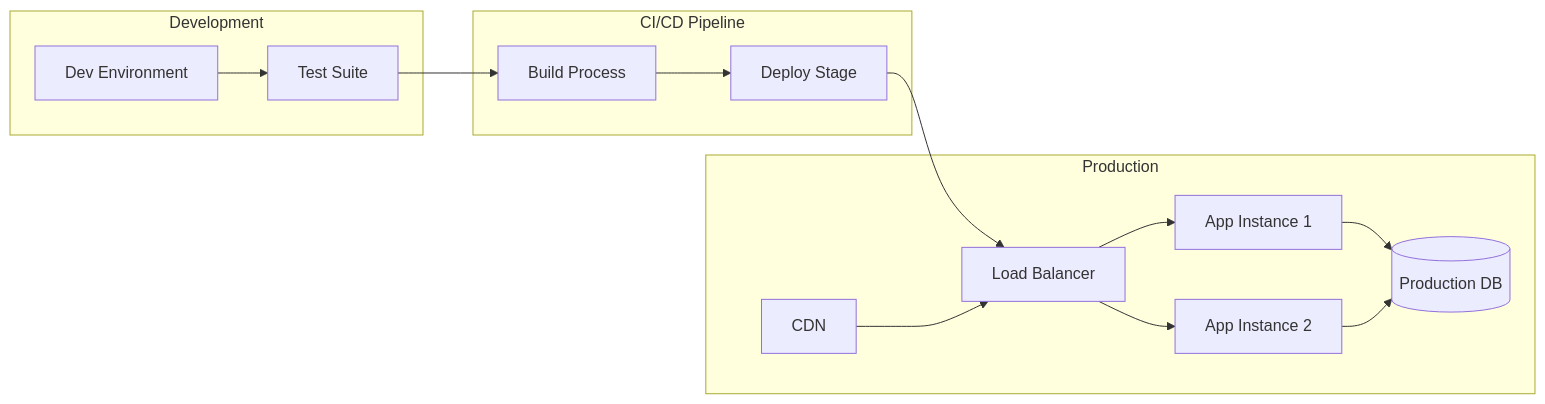
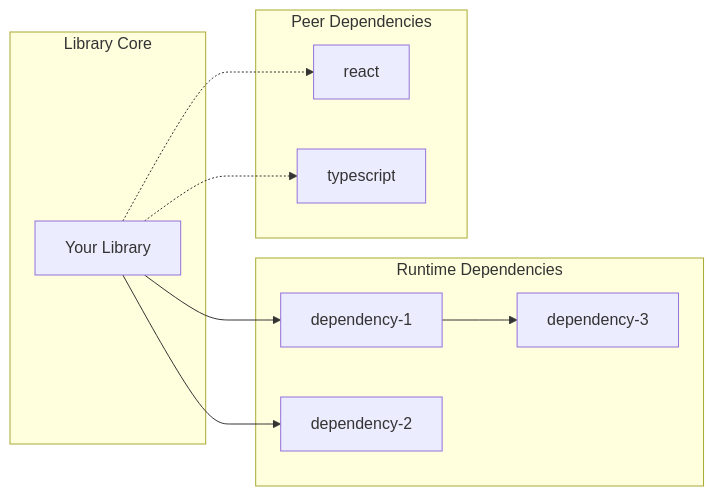
One commit to xincheng213618/OpenDeepWiki changed the fourth of 10 diagrams in src/KoalaWiki/Prompts/Warehouse/GenerateDocsApplications.md. Above: the diagram before and after it, drawn with Mermaid. The commit also changed other lines of this file and 8 other files, not shown here.

````diff
--- a/src/KoalaWiki/Prompts/Warehouse/GenerateDocsApplications.md
+++ b/src/KoalaWiki/Prompts/Warehouse/GenerateDocsApplications.md
@@ -231,30 +165,20 @@
 ```mermaid
 graph LR
-    subgraph "Development"
-        DEV[Dev Environment]
-        TEST[Test Suite]
+    subgraph "Runtime Dependencies"
+        RD1[dependency-1]
+        RD2[dependency-2]
+        RD3[dependency-3]
     end
-    
-    subgraph "CI/CD Pipeline"
-        BUILD[Build Process]
-        DEPLOY[Deploy Stage]
+    subgraph "Peer Dependencies"
+        PD1[react]
+        PD2[typescript]
     end
-    
-    subgraph "Production"
-        LB[Load Balancer]
-        APP1[App Instance 1]
-        APP2[App Instance 2] 
-        DB[(Production DB)]
-        CDN[CDN]
+    subgraph "Library Core"
+        LC[Your Library]
     end
-    
-    DEV --> TEST
-    TEST --> BUILD
-    BUILD --> DEPLOY
-    DEPLOY --> LB
-    LB --> APP1
-    LB --> APP2
-    APP1 --> DB
-    APP2 --> DB
-    CDN --> LB
+    LC --> RD1
+    LC --> RD2
+    RD1 --> RD3
+    LC -.-> PD1
+    LC -.-> PD2
 ```
````
